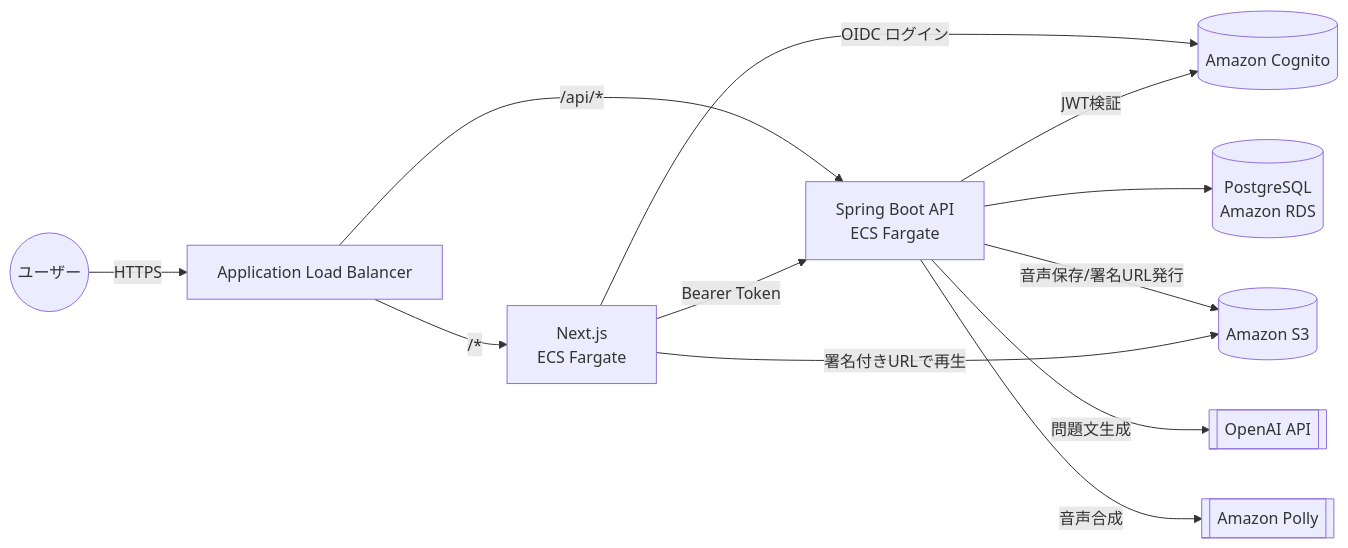
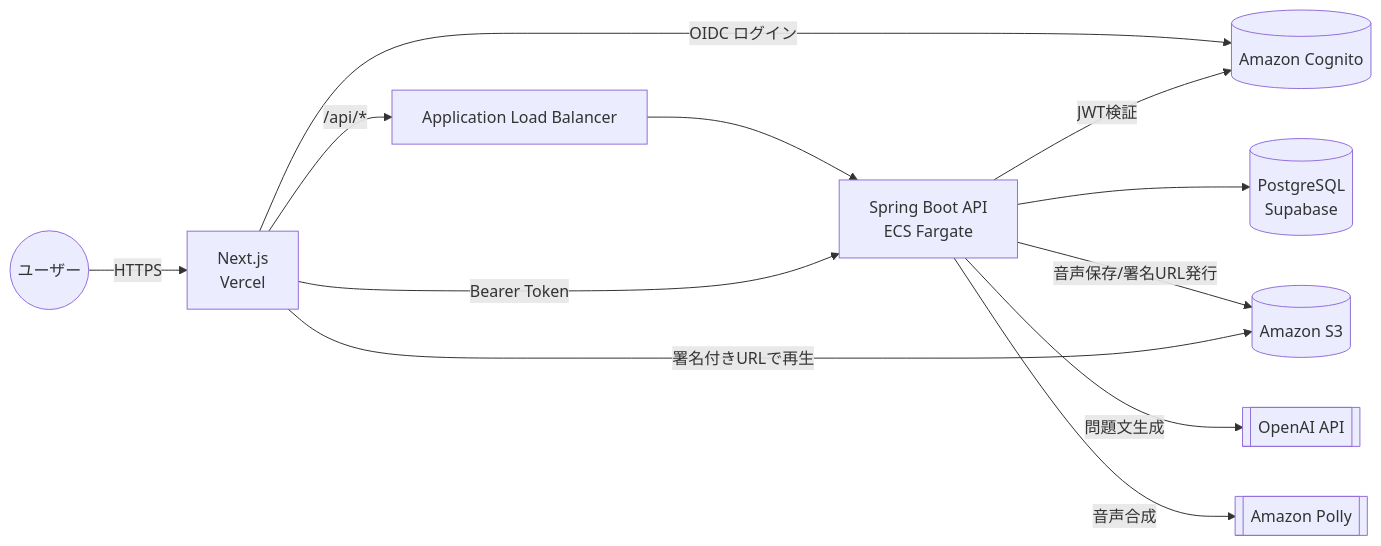
The first of 2 diagrams in docs/システム要件定義書.md (h-fujiwara-dev/ielts-creater), drawn with Mermaid before and after one commit. The commit also changed other lines of this file and 75 other files, not shown here.

````diff
--- a/docs/システム要件定義書.md
+++ b/docs/システム要件定義書.md
@@ -243,14 +248,14 @@
 ```mermaid
 flowchart LR
-    User((ユーザー)) -->|HTTPS| ALB[Application Load Balancer]
-    ALB -->|"/*"| Web[Next.js<br/>ECS Fargate]
-    ALB -->|"/api/*"| Api[Spring Boot API<br/>ECS Fargate]
+    User((ユーザー)) -->|HTTPS| Web[Next.js<br/>Vercel]
+    Web -->|"/api/*"| ALB[Application Load Balancer]
+    ALB --> Api[Spring Boot API<br/>ECS Fargate]
     Web -->|OIDC ログイン| Cognito[(Amazon Cognito)]
     Web -->|Bearer Token| Api
     Api -->|JWT検証| Cognito
-    Api --> Rds[(PostgreSQL<br/>Amazon RDS)]
+    Api --> Supabase[(PostgreSQL<br/>Supabase)]
     Api -->|音声保存/署名URL発行| S3[(Amazon S3)]
     Api -->|問題文生成| OpenAI[[OpenAI API]]
     Api -->|音声合成| Polly[[Amazon Polly]]
     Web -->|署名付きURLで再生| S3
 ```
````
